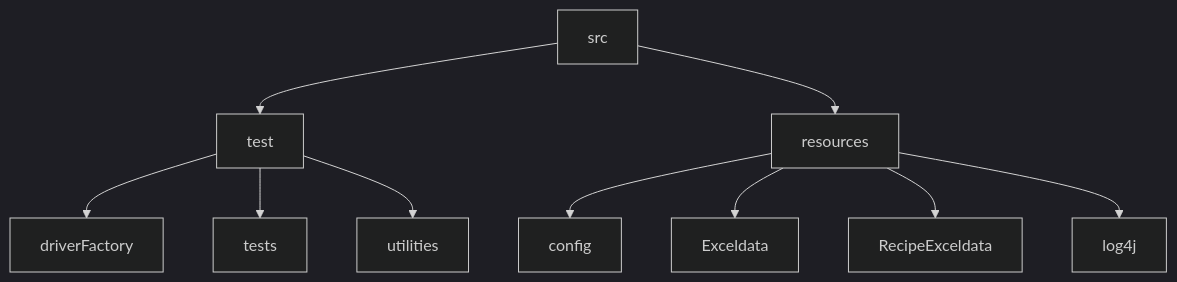
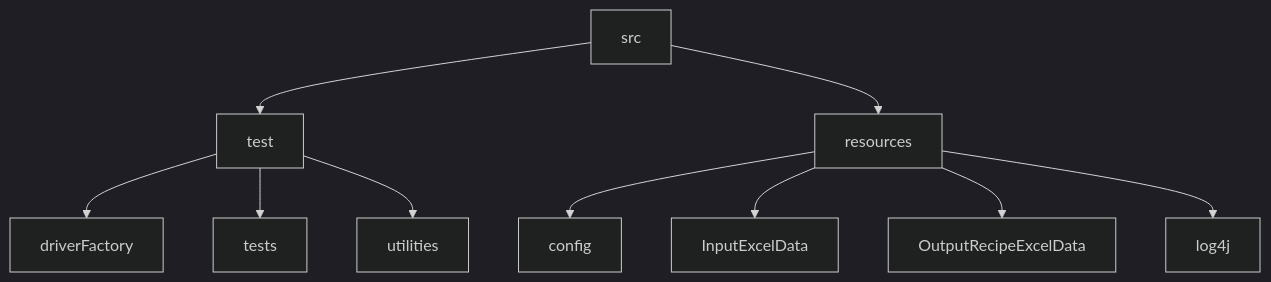
One commit to dhvanikam/RecipeScrapperProjectTeam05 changed the diagram in README.md. Above: the diagram before and after it, drawn with Mermaid (dark theme). The commit also changed other lines of this file, not shown here.

````diff
--- a/README.md
+++ b/README.md
@@ -20,12 +21,12 @@
 ```mermaid
 flowchart TD
     src-->test
     test-->driverFactory
     test-->tests
     test-->utilities
     src-->resources
     resources-->config
-    resources-->Exceldata
-    resources-->RecipeExceldata
+    resources-->InputExcelData
+    resources-->OutputRecipeExcelData
     resources-->log4j
 ```
````
